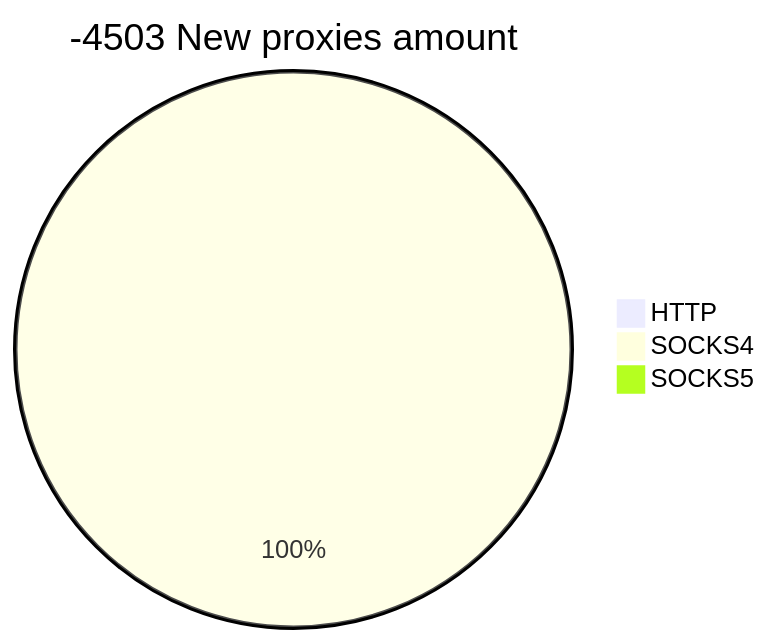
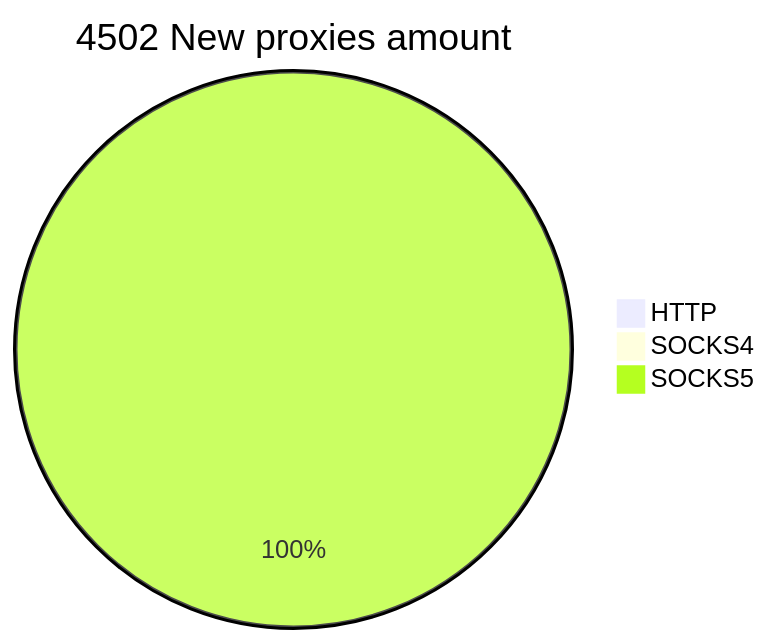
One commit to cutipu/proxylist changed the second of 2 diagrams in README.md. Above: the diagram before and after it, drawn with Mermaid. The commit also changed other lines of this file, not shown here.

````diff
--- a/README.md
+++ b/README.md
@@ -10,6 +10,6 @@
 ```mermaid
-pie title -4503 New proxies amount
+pie title 4502 New proxies amount
     "HTTP" : 0
-    "SOCKS4" : 1
-    "SOCKS5" : 0
+    "SOCKS4" : 0
+    "SOCKS5" : 4502
 ```
````
